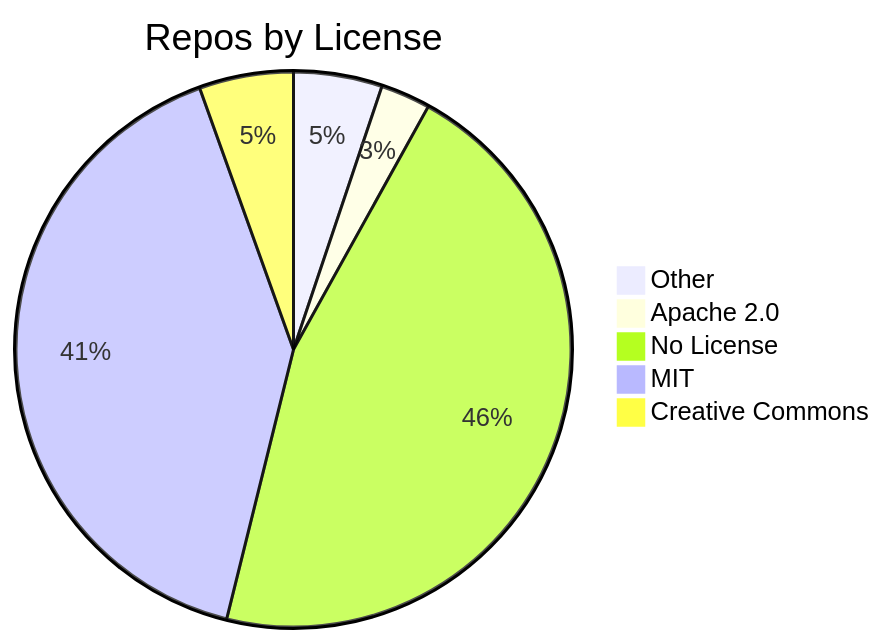
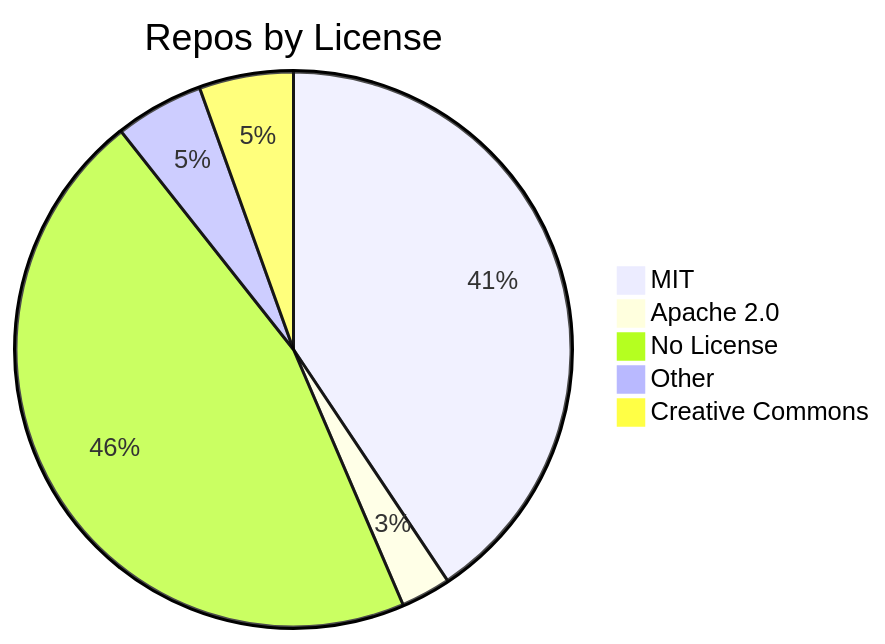
The diagram in README.md (jpatterson933/awesome-mcp-server-repo-index), drawn with Mermaid before and after one commit. The commit also changed other lines of this file and 3 other files, not shown here.

````diff
--- a/README.md
+++ b/README.md
@@ -29,8 +29,8 @@
 ```mermaid
 pie title Repos by License
-    "Other" : 16
+    "MIT" : 126
     "Apache 2.0" : 9
     "No License" : 142
-    "MIT" : 126
+    "Other" : 16
     "Creative Commons" : 17
 ```
````
